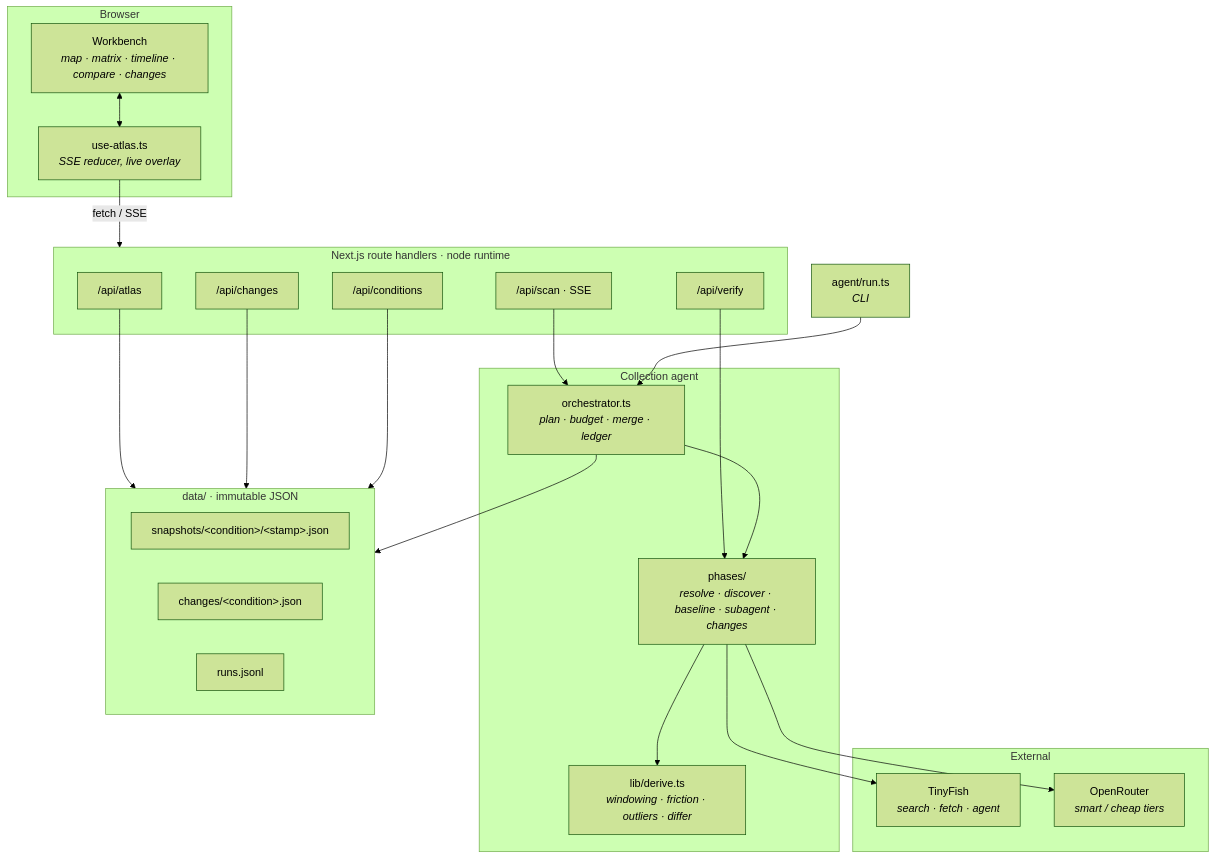
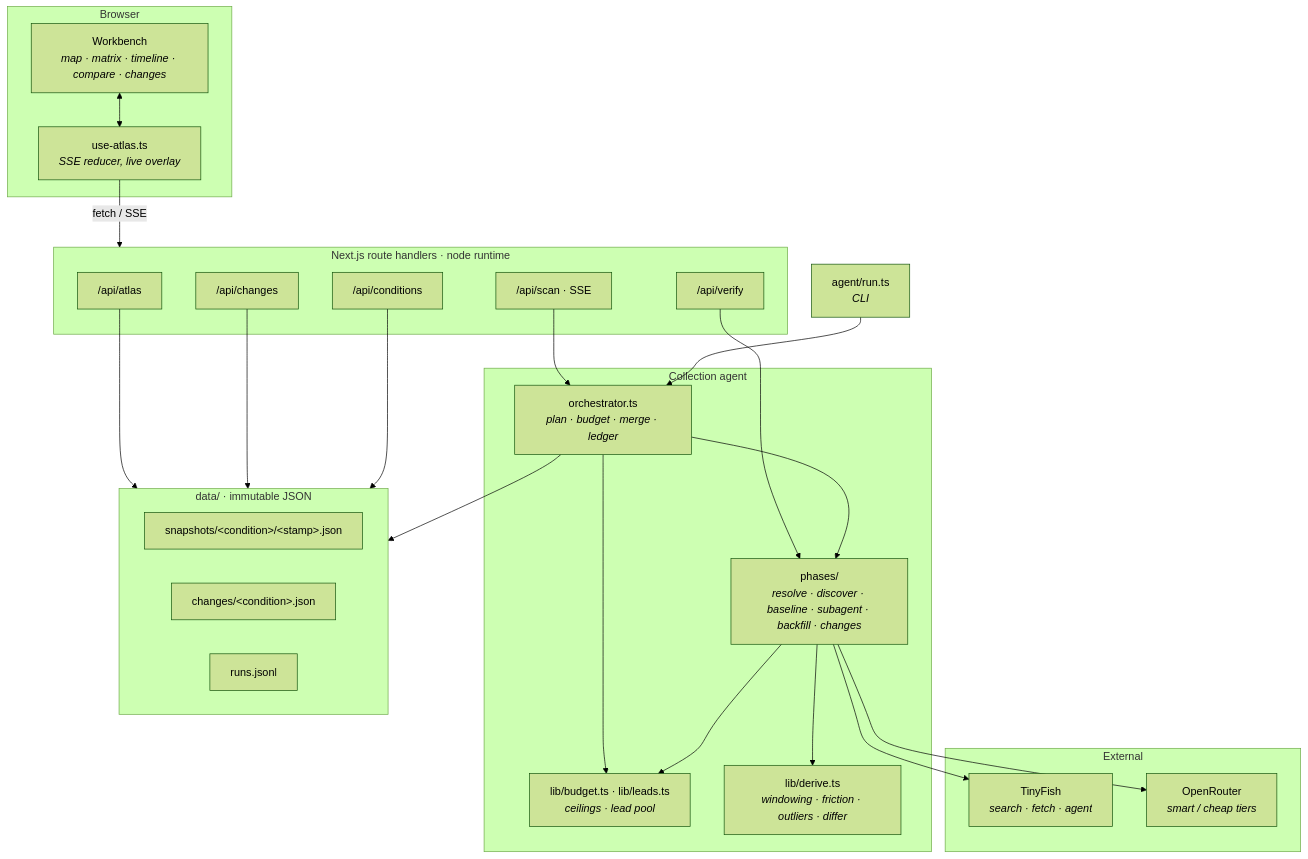
Before and after one commit to MMeteorL/Coverage-Atlas: the first of 2 diagrams in docs/ARCHITECTURE.md, drawn with Mermaid (forest theme). The commit also changed other lines of this file and 32 other files, not shown here.

````diff
--- a/docs/ARCHITECTURE.md
+++ b/docs/ARCHITECTURE.md
@@ -47,45 +47,48 @@
 ```mermaid
 flowchart TB
     subgraph browser["Browser"]
         UI["Workbench<br/><i>map · matrix · timeline · compare · changes</i>"]
         HOOKS["use-atlas.ts<br/><i>SSE reducer, live overlay</i>"]
     end
 
     subgraph next["Next.js route handlers · node runtime"]
         RA["/api/atlas"]
         RC["/api/changes"]
         RN["/api/conditions"]
         RS["/api/scan · SSE"]
         RV["/api/verify"]
     end
 
     subgraph agent["Collection agent"]
         ORCH["orchestrator.ts<br/><i>plan · budget · merge · ledger</i>"]
-        PH["phases/<br/><i>resolve · discover · baseline · subagent · changes</i>"]
+        PH["phases/<br/><i>resolve · discover · baseline · subagent · backfill · changes</i>"]
+        BUD["lib/budget.ts · lib/leads.ts<br/><i>ceilings · lead pool</i>"]
         DER["lib/derive.ts<br/><i>windowing · friction · outliers · differ</i>"]
     end
 
     subgraph store["data/ · immutable JSON"]
         SNAP["snapshots/&lt;condition&gt;/&lt;stamp&gt;.json"]
         CHG["changes/&lt;condition&gt;.json"]
         RUNS["runs.jsonl"]
     end
 
     subgraph ext["External"]
         TF["TinyFish<br/><i>search · fetch · agent</i>"]
         OR["OpenRouter<br/><i>smart / cheap tiers</i>"]
     end
 
     CLI["agent/run.ts<br/><i>CLI</i>"]
 
     UI <--> HOOKS
     HOOKS -->|"fetch / SSE"| next
     RA & RC & RN --> store
     RS --> ORCH
     RV --> PH
     CLI --> ORCH
     ORCH --> PH --> DER
+    ORCH --> BUD
+    PH --> BUD
     ORCH --> store
     PH --> TF
     PH --> OR
 ```
````
